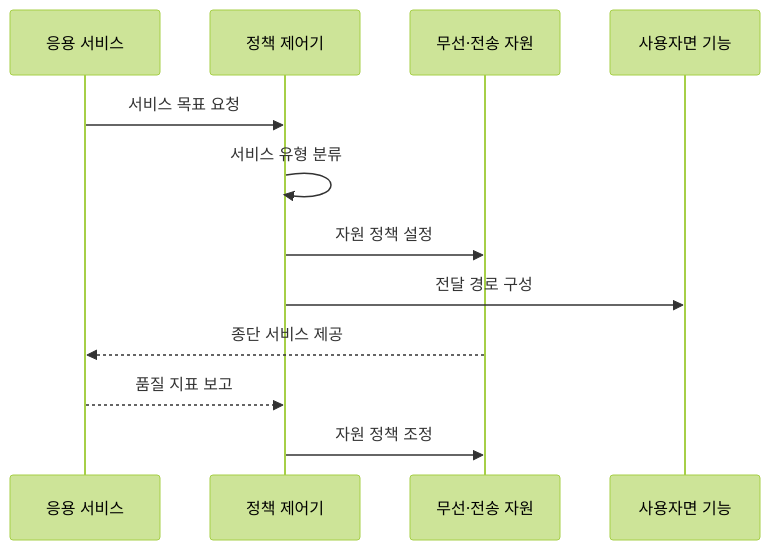
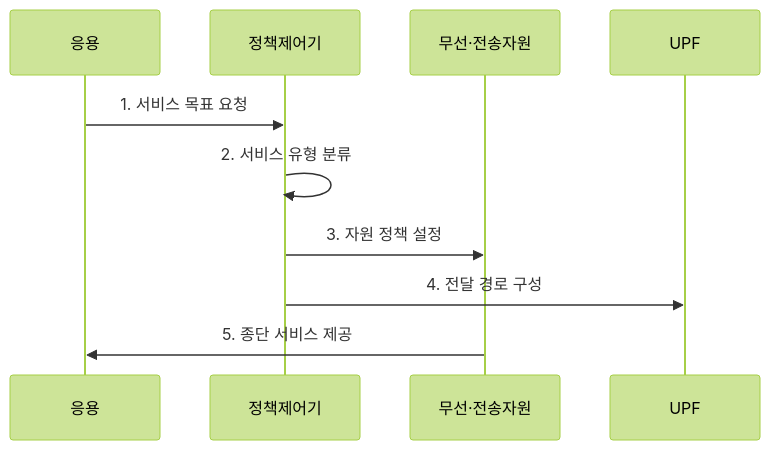
Before and after one commit to agnusdei1207/knowledge-base: the second of 2 diagrams in src/content/docs/notes/04-network/036_5g_core_technologies.md, drawn with Mermaid (forest theme). The commit also changed other lines of this file and 20 other files, not shown here.

````diff
--- a/src/content/docs/notes/04-network/036_5g_core_technologies.md
+++ b/src/content/docs/notes/04-network/036_5g_core_technologies.md
@@ -74,14 +78,12 @@
 ```mermaid
 sequenceDiagram
-  participant A as 응용 서비스
-  participant P as 정책 제어기
-  participant R as 무선·전송 자원
-  participant U as 사용자면 기능
-  A->>P: 서비스 목표 요청
-  P->>P: 서비스 유형 분류
-  P->>R: 자원 정책 설정
-  P->>U: 전달 경로 구성
-  R-->>A: 종단 서비스 제공
-  A-->>P: 품질 지표 보고
-  P->>R: 자원 정책 조정
+    participant 응용
+    participant 정책제어기
+    participant 무선·전송자원
+    participant UPF
+    응용->>정책제어기: 1. 서비스 목표 요청
+    정책제어기->>정책제어기: 2. 서비스 유형 분류
+    정책제어기->>무선·전송자원: 3. 자원 정책 설정
+    정책제어기->>UPF: 4. 전달 경로 구성
+    무선·전송자원->>응용: 5. 종단 서비스 제공
 ```
````
